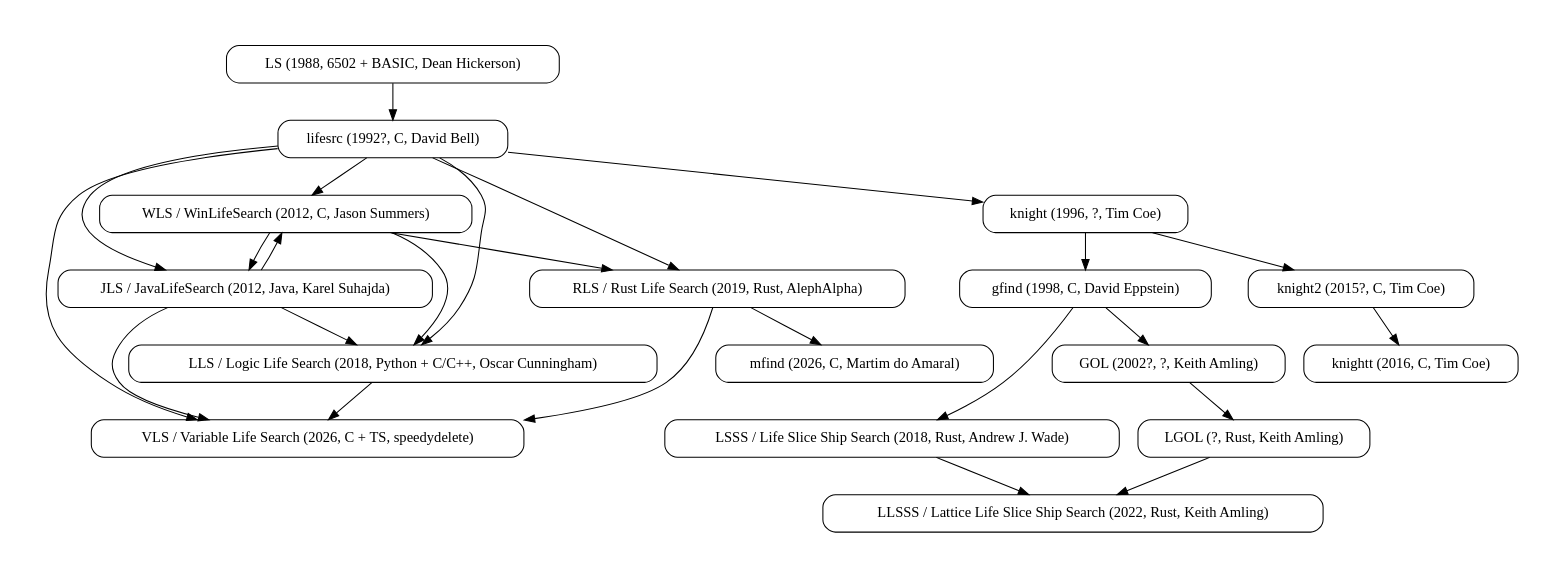
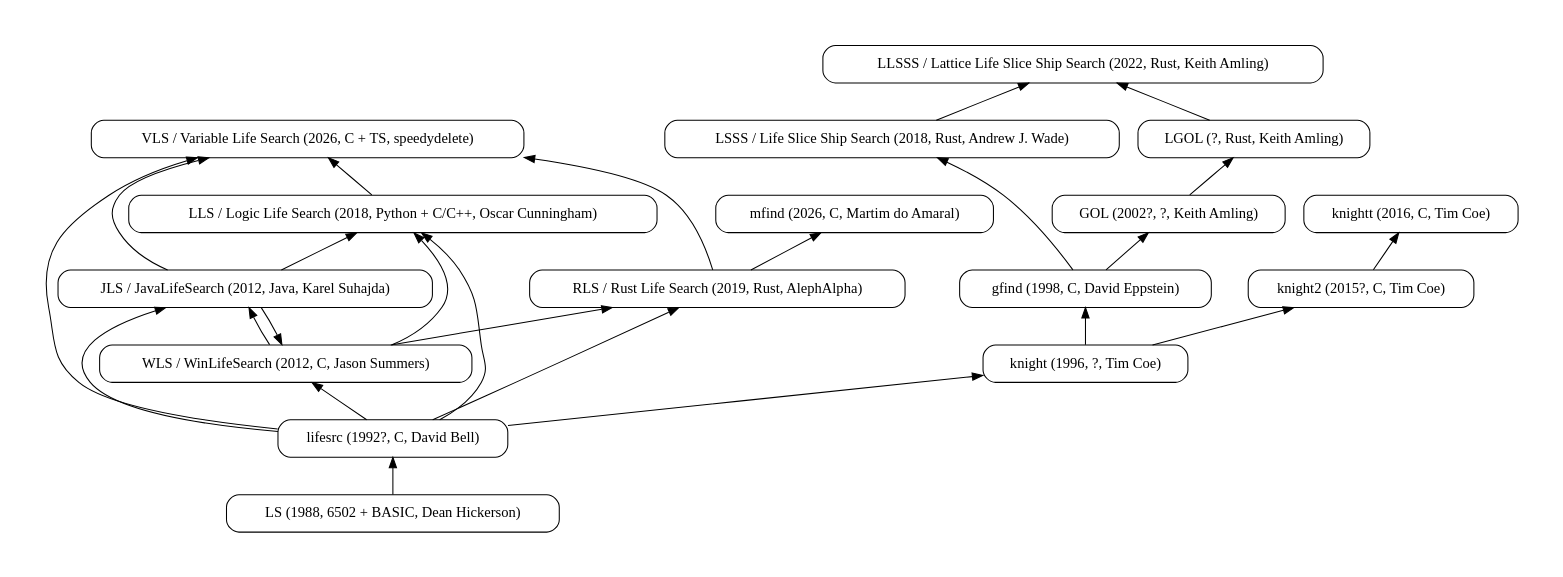
Before and after one commit to speedydelete/lifeweb: the diagram in search_programs.dot, drawn with Graphviz.

```diff
--- a/search_programs.dot
+++ b/search_programs.dot
@@ -1,55 +1,56 @@
 
 digraph search_programs {
-    
+
+    rankdir = BT
     pad = "0.5"
     node [shape = box, style = rounded]
 
     "LS" [label="LS (1988, 6502 + BASIC, Dean Hickerson)", URL="https://github.com/DavidKinder/Xlife/blob/master/Xlife35/source/lifesearch/ORIGIN"]
     "lifesrc" [label="lifesrc (1992?, C, David Bell)", URL="https://github.com/DavidKinder/Xlife/tree/master/Xlife35/source/lifesearch"]
     "WLS" [label="WLS / WinLifeSearch (2012, C, Jason Summers)", URL="https://github.com/jsummers/winlifesearch/"]
     "JLS" [label="JLS / JavaLifeSearch (2012, Java, Karel Suhajda)", URL="https://conwaylife.com/forums/viewtopic.php?f=9&t=990"]
     "LLS" [label="LLS / Logic Life Search (2018, Python + C/C++, Oscar Cunningham)", URL="https://gitlab.com/OscarCunningham/logic-life-search/"]
     "RLS" [label="RLS / Rust Life Search (2019, Rust, AlephAlpha)", URL="https://github.com/AlephAlpha/rlifesrc"]
     "VLS" [label="VLS / Variable Life Search (2026, C + TS, speedydelete)", URL="https://github.com/speedydelete/lifeweb/tree/main/src/vls"]
     "mfind" [label="mfind (2026, C, Martim do Amaral)", URL="https://conwaylife.com/forums/viewtopic.php?t=7497"]
 
     "LS" -> "lifesrc"
     "lifesrc" -> "WLS"
     "lifesrc" -> "JLS"
     "WLS" -> "JLS"
     "JLS" -> "WLS"
     "lifesrc" -> "LLS"
     "WLS" -> "LLS"
     "JLS" -> "LLS"
     "lifesrc" -> "RLS"
     "WLS" -> "RLS"
     "lifesrc" -> "VLS"
     "JLS" -> "VLS"
     "LLS" -> "VLS"
     "RLS" -> "VLS"
     "RLS" -> "mfind"
 
     "knight" [label="knight (1996, ?, Tim Coe)", URL="https://arxiv.org/pdf/cs/0004003"]
     "knight2" [label="knight2 (2015?, C, Tim Coe)", URL="https://conwaylife.com/forums/viewtopic.php?t=1969"]
     "knightt" [label="knightt (2016, C, Tim Coe)", URL="https://conwaylife.com/forums/viewtopic.php?p=28891#p28891"]
 
     "lifesrc" -> "knight"
     "knight" -> "knight2"
     "knight2" -> "knightt"
 
     "gfind" [label="gfind (1998, C, David Eppstein)", URL="https://ics.uci.edu/~eppstein/ca/gfind.c"]
 
     "knight" -> "gfind"
 
     "GOL" [label="GOL (2002?, ?, Keith Amling)", URL="https://codeberg.org/amling/rlife/"]
     "LGOL" [label="LGOL (?, Rust, Keith Amling)", URL="https://codeberg.org/amling/rlife/"]
     "LSSS" [label="LSSS / Life Slice Ship Search (2018, Rust, Andrew J. Wade)", URL="https://codeberg.org/ajwade/life_slice_ship_search"]
     "LLSSS" [label="LLSSS / Lattice Life Slice Ship Search (2022, Rust, Keith Amling)", URL="https://codeberg.org/amling/rlife/"]
 
     "gfind" -> "GOL"
     "GOL" -> "LGOL"
     "gfind" -> "LSSS"
     "LGOL" -> "LLSSS"
     "LSSS" -> "LLSSS"
 
 }
```
